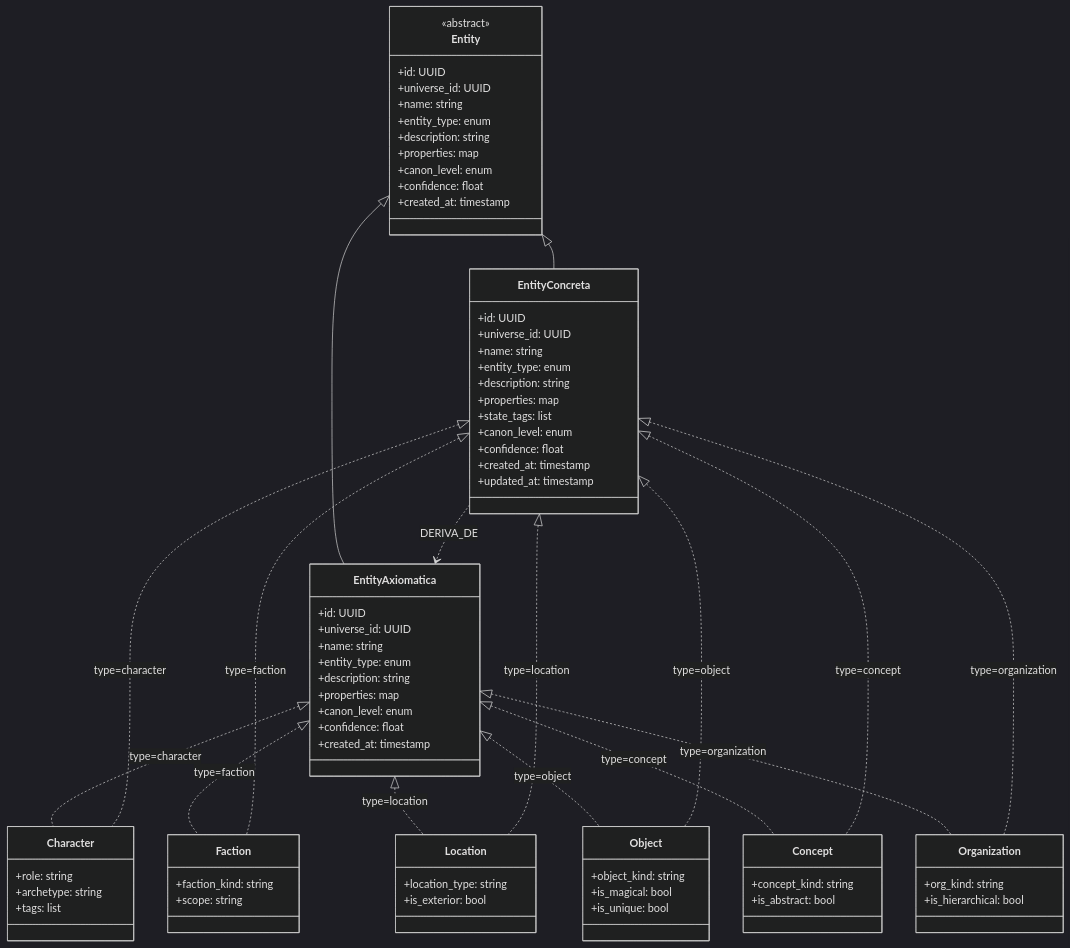
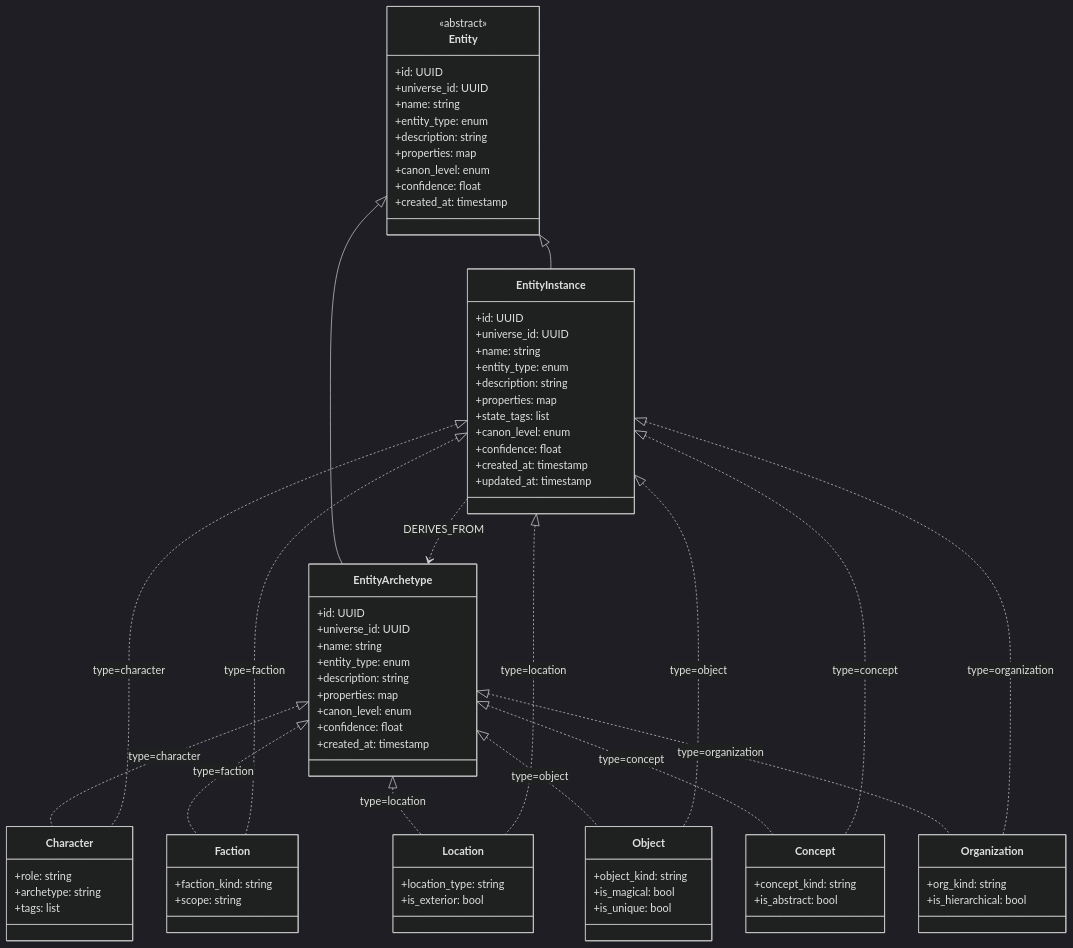
One commit to spuentesp/monitor_dm_system changed the diagram in docs/ontology/ENTITY_TAXONOMY.md. Above: the diagram before and after it, drawn with Mermaid (dark theme). The commit also changed other lines of this file and 20 other files, not shown here.

First line of the commit message:
feat: Implement initial data layer structure with database clients, schemas, tools, and middleware

````diff
--- a/docs/ontology/ENTITY_TAXONOMY.md
+++ b/docs/ontology/ENTITY_TAXONOMY.md
@@ -35,7 +35,7 @@
         +created_at: timestamp
     }
 
-    class EntityAxiomatica {
+    class EntityArchetype {
         +id: UUID
         +universe_id: UUID
         +name: string
@@ -47,7 +47,7 @@
         +created_at: timestamp
     }
 
-    class EntityConcreta {
+    class EntityInstance {
         +id: UUID
         +universe_id: UUID
         +name: string
@@ -93,22 +93,22 @@
         +is_hierarchical: bool
     }
 
-    Entity <|-- EntityAxiomatica
-    Entity <|-- EntityConcreta
+    Entity <|-- EntityArchetype
+    Entity <|-- EntityInstance
 
-    EntityAxiomatica <|.. Character : type=character
-    EntityAxiomatica <|.. Faction : type=faction
-    EntityAxiomatica <|.. Location : type=location
-    EntityAxiomatica <|.. Object : type=object
-    EntityAxiomatica <|.. Concept : type=concept
-    EntityAxiomatica <|.. Organization : type=organization
+    EntityArchetype <|.. Character : type=character
+    EntityArchetype <|.. Faction : type=faction
+    EntityArchetype <|.. Location : type=location
+    EntityArchetype <|.. Object : type=object
+    EntityArchetype <|.. Concept : type=concept
+    EntityArchetype <|.. Organization : type=organization
 
-    EntityConcreta <|.. Character : type=character
-    EntityConcreta <|.. Faction : type=faction
-    EntityConcreta <|.. Location : type=location
-    EntityConcreta <|.. Object : type=object
-    EntityConcreta <|.. Concept : type=concept
-    EntityConcreta <|.. Organization : type=organization
+    EntityInstance <|.. Character : type=character
+    EntityInstance <|.. Faction : type=faction
+    EntityInstance <|.. Location : type=location
+    EntityInstance <|.. Object : type=object
+    EntityInstance <|.. Concept : type=concept
+    EntityInstance <|.. Organization : type=organization
 
-    EntityConcreta ..> EntityAxiomatica : DERIVA_DE
+    EntityInstance ..> EntityArchetype : DERIVES_FROM
 ```
````
